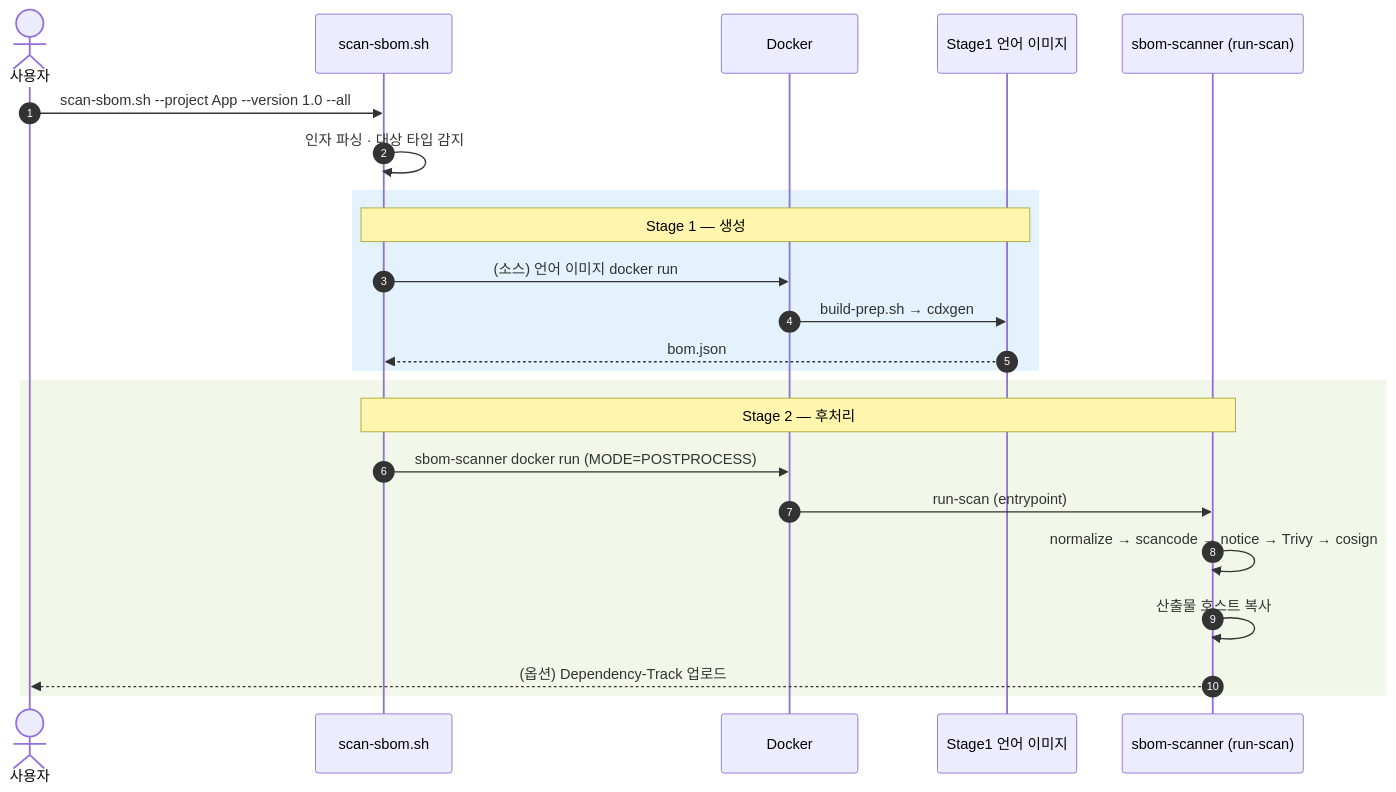
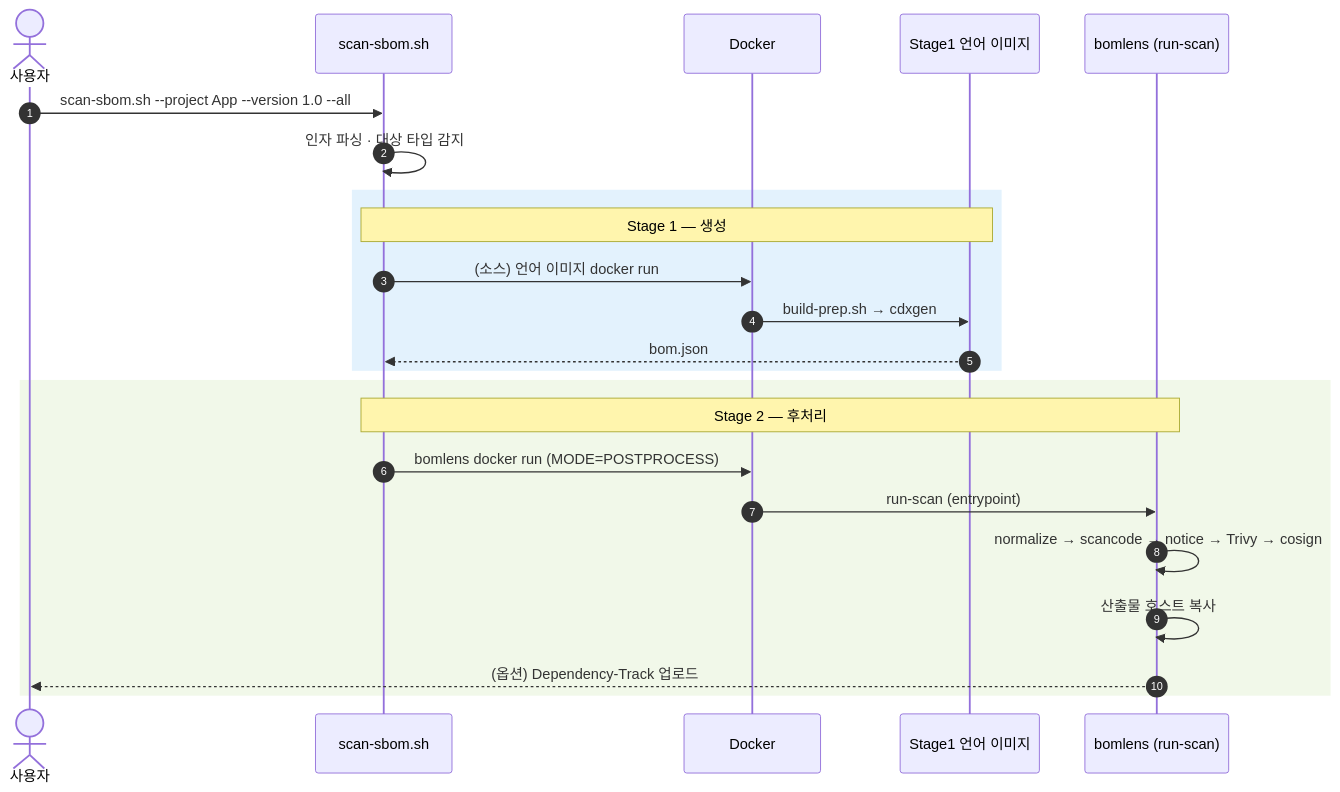
One commit to sktelecom/bomlens changed the third of 6 diagrams in docs/concepts/architecture.ko.md. Above: the diagram before and after it, drawn with Mermaid. The commit also changed other lines of this file and 2 other files, not shown here.

First line of the commit message:
docs: bring README and architecture up to date with v1.5.0

````diff
--- a/docs/concepts/architecture.ko.md
+++ b/docs/concepts/architecture.ko.md
@@ -134,26 +134,26 @@
 ```mermaid
 sequenceDiagram
     autonumber
     actor U as 사용자
     participant S as scan-sbom.sh
     participant D as Docker
     participant L as Stage1 언어 이미지
-    participant P as sbom-scanner (run-scan)
+    participant P as bomlens (run-scan)
 
     U->>S: scan-sbom.sh --project App --version 1.0 --all
     S->>S: 인자 파싱 · 대상 타입 감지
     rect rgb(227,242,253)
     note over S,L: Stage 1 — 생성
     S->>D: (소스) 언어 이미지 docker run
     D->>L: build-prep.sh → cdxgen
     L-->>S: bom.json
     end
     rect rgb(241,248,233)
     note over S,P: Stage 2 — 후처리
-    S->>D: sbom-scanner docker run (MODE=POSTPROCESS)
+    S->>D: bomlens docker run (MODE=POSTPROCESS)
     D->>P: run-scan (entrypoint)
     P->>P: normalize → scancode → notice → Trivy → cosign
     P->>P: 산출물 호스트 복사
     P-->>U: (옵션) Dependency-Track 업로드
     end
 ```
````
